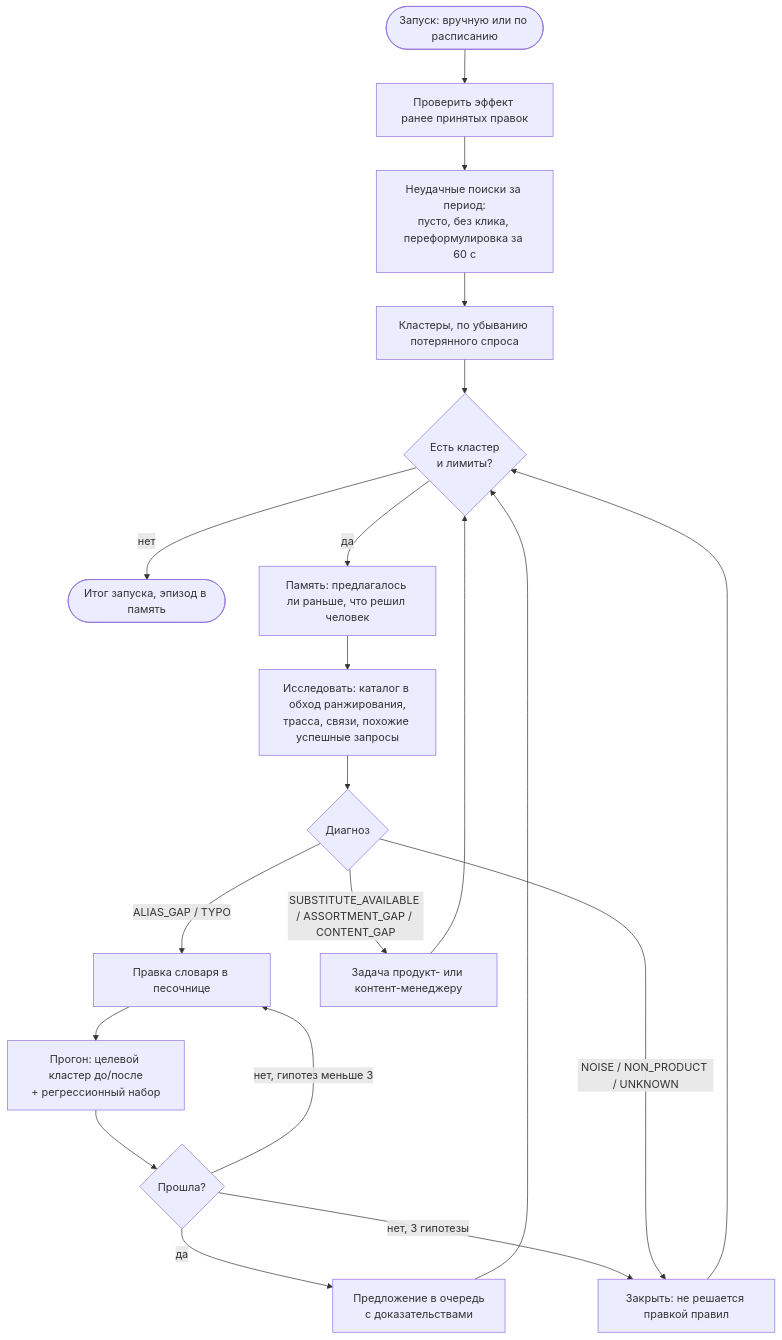
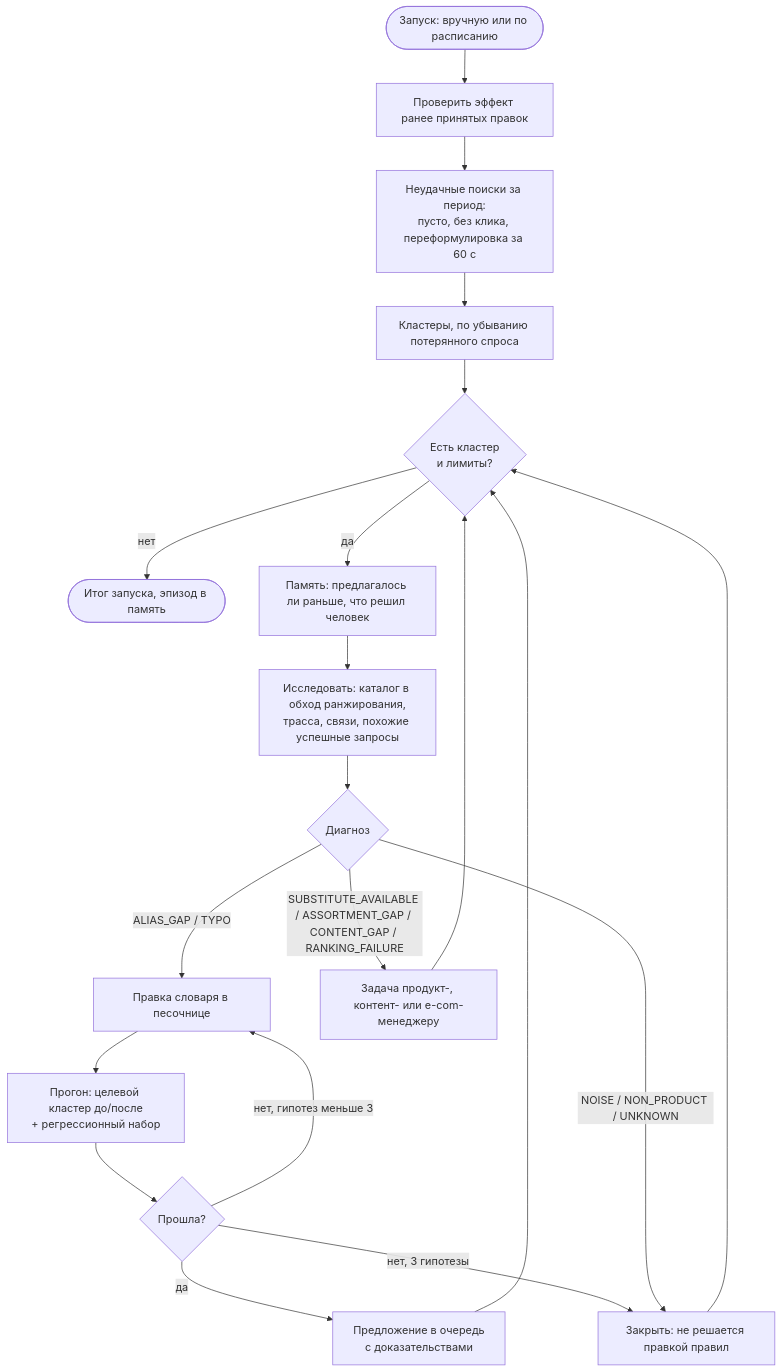
Before and after one commit to olegator-rus/rokotovka-plexet-kuznitsa: the third of 4 diagrams in docs/ARCHITECTURE.md, drawn with Mermaid. The commit also changed other lines of this file and 20 other files, not shown here.

````diff
--- a/docs/ARCHITECTURE.md
+++ b/docs/ARCHITECTURE.md
@@ -150,22 +150,22 @@
 ```mermaid
 flowchart TD
     start([Запуск: вручную или по расписанию]) --> verify[Проверить эффект ранее принятых правок]
     verify --> failed[Неудачные поиски за период:<br/>пусто, без клика, переформулировка за 60 с]
     failed --> clusters[Кластеры, по убыванию потерянного спроса]
     clusters --> next{Есть кластер<br/>и лимиты?}
     next -- нет --> finish([Итог запуска, эпизод в память])
     next -- да --> memory[Память: предлагалось ли раньше, что решил человек]
     memory --> explore[Исследовать: каталог в обход ранжирования,<br/>трасса, связи, похожие успешные запросы]
     explore --> diag{Диагноз}
     diag -- ALIAS_GAP / TYPO --> patch[Правка словаря в песочнице]
     patch --> run[Прогон: целевой кластер до/после<br/>+ регрессионный набор]
     run --> pass{Прошла?}
     pass -- да --> queue[Предложение в очередь<br/>с доказательствами]
     pass -- нет, гипотез меньше 3 --> patch
     pass -- нет, 3 гипотезы --> close[Закрыть: не решается правкой правил]
-    diag -- SUBSTITUTE_AVAILABLE / ASSORTMENT_GAP / CONTENT_GAP --> ticket[Задача продукт- или контент-менеджеру]
+    diag -- SUBSTITUTE_AVAILABLE / ASSORTMENT_GAP / CONTENT_GAP / RANKING_FAILURE --> ticket[Задача продукт-, контент- или e-com-менеджеру]
     diag -- NOISE / NON_PRODUCT / UNKNOWN --> close
     queue --> next
     ticket --> next
     close --> next
 ```
````
